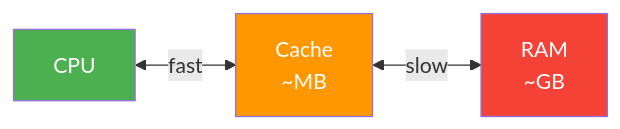
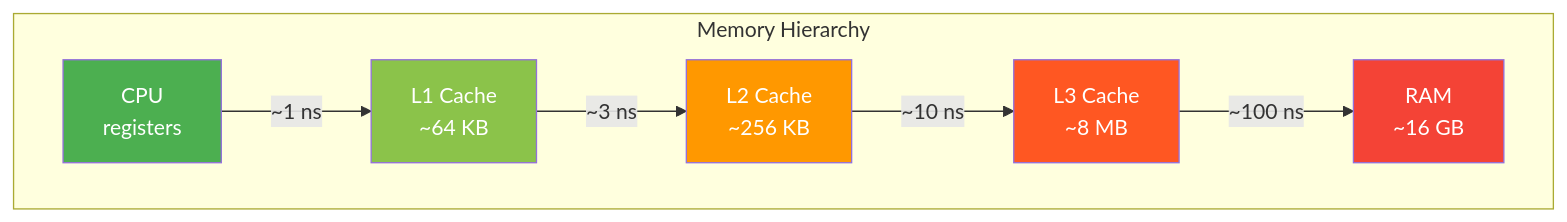
The third of 8 diagrams in README.md (shamykyzer/ml-kernel-runtime), drawn with Mermaid before and after one commit. The commit also changed other lines of this file, not shown here.

Commit message:
better README.md layout with diagrams and explanation

````diff
--- a/README.md
+++ b/README.md
@@ -97,11 +87,21 @@
 ```mermaid
 graph LR
-    CPU["CPU"] <-->|"fast"| CACHE["Cache
-    ~MB"]
-    CACHE <-->|"slow"| RAM["RAM
-    ~GB"]
+    subgraph "Memory Hierarchy"
+        direction LR
+        CPU["CPU
+        registers"] -->|"~1 ns"| L1["L1 Cache
+        ~64 KB"]
+        L1 -->|"~3 ns"| L2["L2 Cache
+        ~256 KB"]
+        L2 -->|"~10 ns"| L3["L3 Cache
+        ~8 MB"]
+        L3 -->|"~100 ns"| RAM["RAM
+        ~16 GB"]
+    end
 
     style CPU fill:#4CAF50,color:#fff
-    style CACHE fill:#FF9800,color:#fff
+    style L1 fill:#8BC34A,color:#fff
+    style L2 fill:#FF9800,color:#fff
+    style L3 fill:#FF5722,color:#fff
     style RAM fill:#f44336,color:#fff
 ```
````
